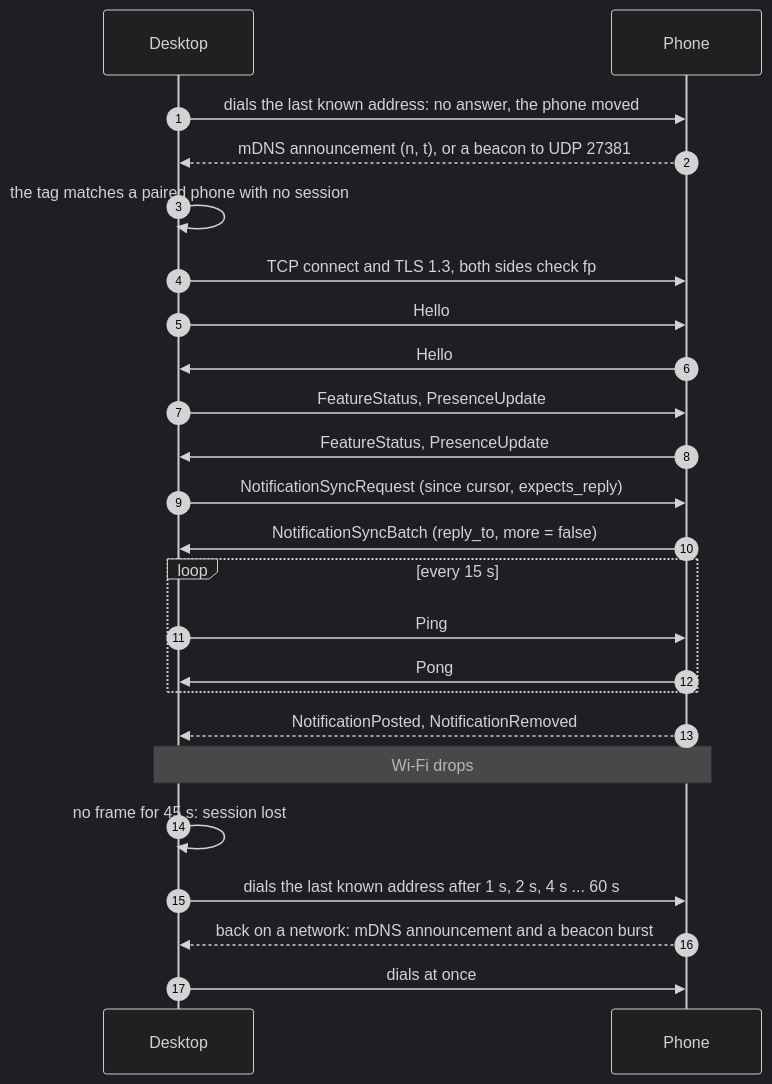
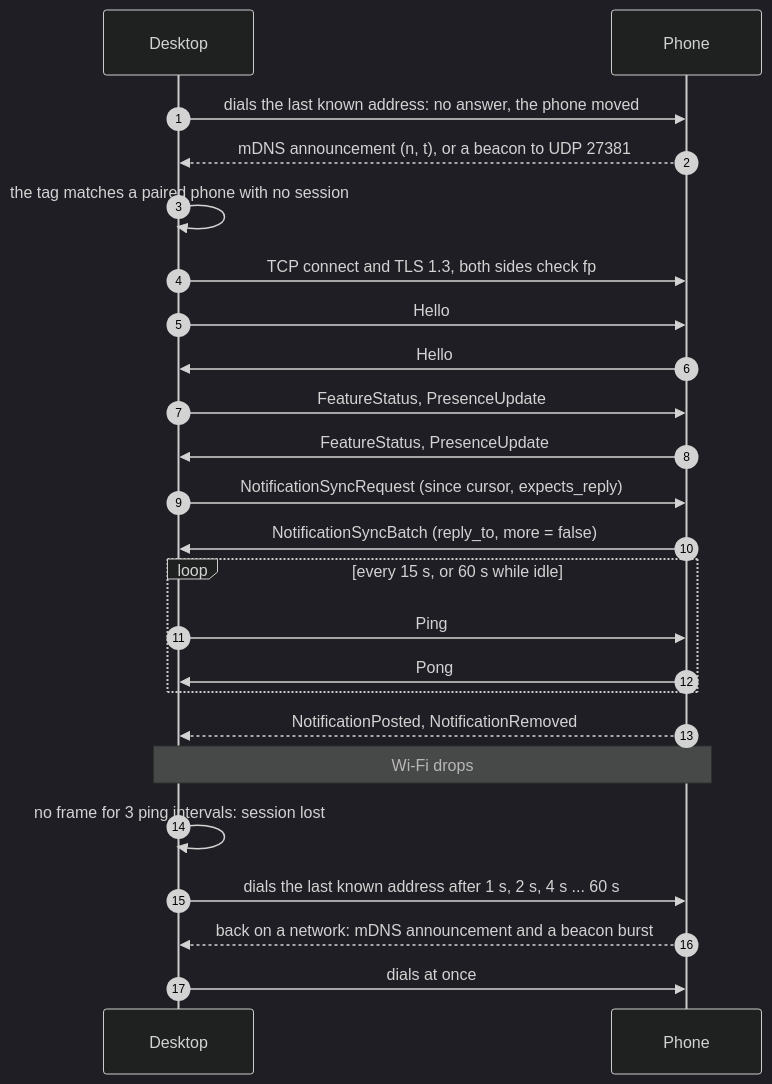
One commit to codesensei-tushar/link2linux changed the third of 3 diagrams in docs/protocol.md. Above: the diagram before and after it, drawn with Mermaid (dark theme). The commit also changed other lines of this file and 1 other file, not shown here.

First line of the commit message:
Ping less while idle and check sequence numbers strictly

````diff
--- a/docs/protocol.md
+++ b/docs/protocol.md
@@ -768,26 +768,26 @@
 ```mermaid
 sequenceDiagram
     autonumber
     participant D as Desktop
     participant P as Phone
     D->>P: dials the last known address: no answer, the phone moved
     P-->>D: mDNS announcement (n, t), or a beacon to UDP 27381
     D->>D: the tag matches a paired phone with no session
     D->>P: TCP connect and TLS 1.3, both sides check fp
     D->>P: Hello
     P->>D: Hello
     D->>P: FeatureStatus, PresenceUpdate
     P->>D: FeatureStatus, PresenceUpdate
     D->>P: NotificationSyncRequest (since cursor, expects_reply)
     P->>D: NotificationSyncBatch (reply_to, more = false)
-    loop every 15 s
+    loop every 15 s, or 60 s while idle
         D->>P: Ping
         P->>D: Pong
     end
     P-->>D: NotificationPosted, NotificationRemoved
     Note over D,P: Wi-Fi drops
-    D->>D: no frame for 45 s: session lost
+    D->>D: no frame for 3 ping intervals: session lost
     D->>P: dials the last known address after 1 s, 2 s, 4 s ... 60 s
     P-->>D: back on a network: mDNS announcement and a beacon burst
     D->>P: dials at once
 ```
````
